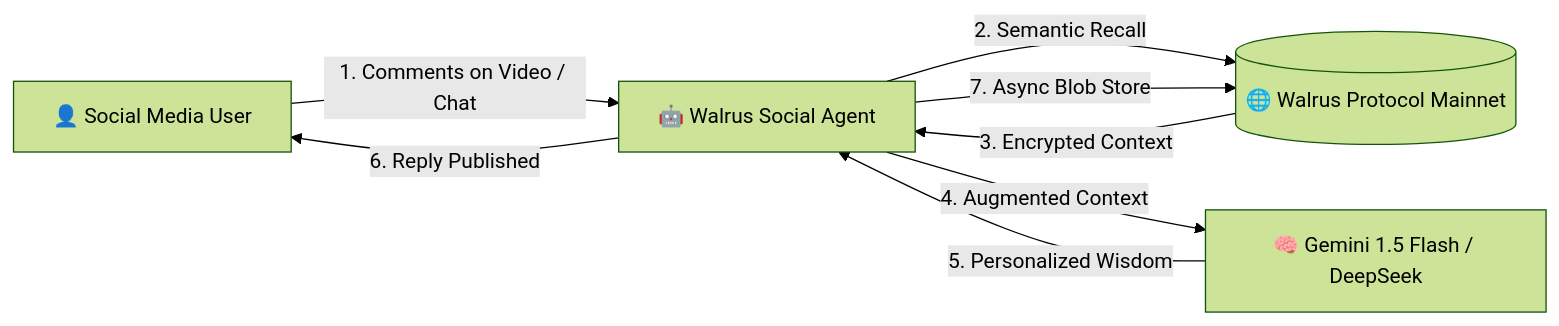
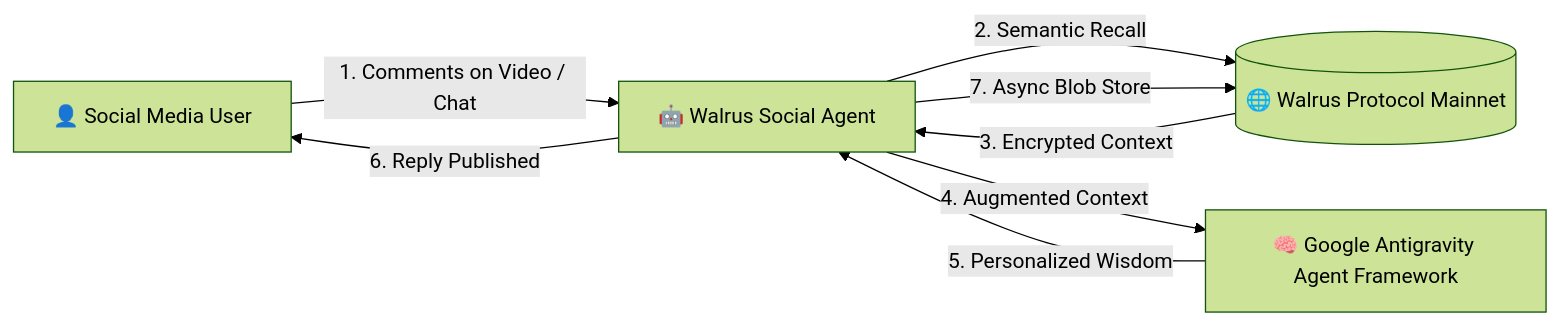
One commit to laymore/walrus-social-agent changed the diagram in README.md. Above: the diagram before and after it, drawn with Mermaid (forest theme). The commit also changed other lines of this file and 9 other files, not shown here.

Commit message:
docs: credit Google Antigravity Agent Framework as cognitive core for Beyond the Big Two track

````diff
--- a/README.md
+++ b/README.md
@@ -45,10 +45,10 @@
 ```mermaid
 flowchart LR
     User["👤 Social Media User"] -->|"1. Comments on Video / Chat"| Agent["🤖 Walrus Social Agent"]
     Agent -->|"2. Semantic Recall"| Walrus[("🌐 Walrus Protocol Mainnet")]
     Walrus -->|"3. Encrypted Context"| Agent
-    Agent -->|"4. Augmented Context"| LLM["🧠 Gemini 1.5 Flash / DeepSeek"]
+    Agent -->|"4. Augmented Context"| LLM["🧠 Google Antigravity Agent Framework"]
     LLM -->|"5. Personalized Wisdom"| Agent
     Agent -->|"6. Reply Published"| User
     Agent -->|"7. Async Blob Store"| Walrus
 ```
````
